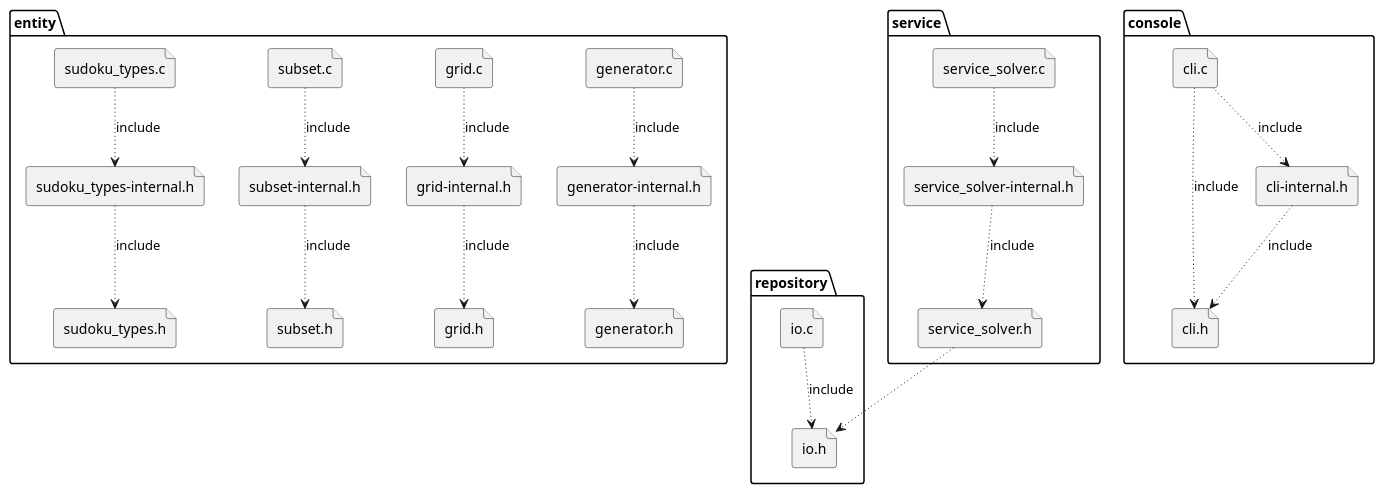
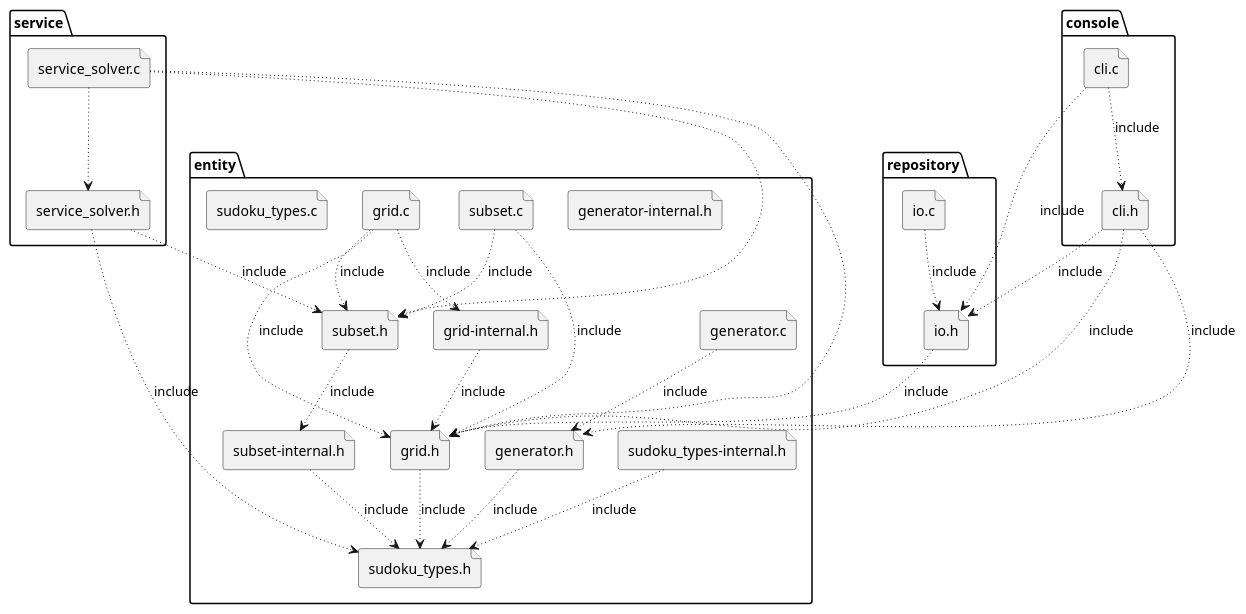
Before and after one commit to SudokuSolverJUNIA2526/sudoku-solver: the diagram in doc/sudoku_solver-architecture.puml, drawn with PlantUML. The commit also changed 3 other files, not shown here.

Commit message:
Updated architecture file

```diff
--- a/doc/sudoku_solver-architecture.puml
+++ b/doc/sudoku_solver-architecture.puml
@@ -1,61 +1,70 @@
 @startuml
 
-package entity {
-    file "generator.c"
-    file "generator.h"
-    file "generator-internal.h"
+    package entity {
+        file "generator.c"
+        file "generator.h"
+        file "generator-internal.h"
 
-    "generator.c" -[dotted]-> "generator-internal.h" : include
-    "generator-internal.h" -[dotted]-> "generator.h" : include
+        file "grid.c"
+        file "grid.h"
+        file "grid-internal.h"
 
-    file "grid.c"
-    file "grid.h"
-    file "grid-internal.h"
+        file "subset.c"
+        file "subset.h"
+        file "subset-internal.h"
 
-    "grid.c" -[dotted]-> "grid-internal.h" : include
-    "grid-internal.h" -[dotted]-> "grid.h" : include
+        file "sudoku_types.c"
+        file "sudoku_types.h"
+        file "sudoku_types-internal.h"
 
-    file "subset.c"
-    file "subset.h"
-    file "subset-internal.h"
+        "generator.h" -[dotted]-> "sudoku_types.h": include
+        "generator.c" -[dotted]-> "generator.h": include
 
-    "subset.c" -[dotted]-> "subset-internal.h" : include
-    "subset-internal.h" -[dotted]-> "subset.h" : include
+        "grid.h" -[dotted]-> "sudoku_types.h" : include
+        "grid.c" -[dotted]-> "grid.h" : include
+        "grid.c" -[dotted]-> "subset.h" : include
 
-    file "sudoku_types.c"
-    file "sudoku_types.h"
-    file "sudoku_types-internal.h"
+        "grid.c" -[dotted]-> "grid-internal.h" : include
+        "grid-internal.h" -[dotted]-> "grid.h" : include
 
-    "sudoku_types.c" -[dotted]-> "sudoku_types-internal.h" : include
-    "sudoku_types-internal.h" -[dotted]-> "sudoku_types.h" : include
+        "subset-internal.h" -[dotted]-> "sudoku_types.h" : include
+        "subset.h" -[dotted]-> "subset-internal.h" : include
+        "subset.c" -[dotted]-> "grid.h" : include
+        "subset.c" -[dotted]-> "subset.h" : include
 
-}
+        "sudoku_types-internal.h" -[dotted]-> "sudoku_types.h" : include
 
-package repository {
-    file "io.c"
-    file "io.h"
+    }
 
-    "io.c" -[dotted]-> "io.h" : include
-}
+    package repository {
+        file "io.c"
+        file "io.h"
 
-package service {
-    file "service_solver.c"
-    file "service_solver.h"
-    file "service_solver-internal.h"
+        "io.h" -[dotted]-> "grid.h" : include
+        "io.c" -[dotted]-> "io.h" : include
 
-    "service_solver.c" -[dotted]-> "service_solver-internal.h" : include
-    "service_solver-internal.h" -[dotted]-> "service_solver.h" : include
-    "service_solver.h" -[dotted]-> "io.h"
-}
+    }
 
-package console {
-    file "cli.h"
-    file "cli.c"
-    file "cli-internal.h"
+    package service {
+        file "service_solver.c"
+        file "service_solver.h"
 
-    "cli.c" -[dotted]-> "cli-internal.h" : include
-    "cli.c" -[dotted]-> "cli.h" : include
-    "cli-internal.h" -[dotted]-> "cli.h" : include
-}
+        "service_solver.h" -[dotted]-> "sudoku_types.h" : include
+        "service_solver.h" -[dotted]-> "subset.h" : include
+        "service_solver.c" -[dotted]-> "grid.h"
+        "service_solver.c" -[dotted]-> "subset.h"
+        "service_solver.c" -[dotted]-> "service_solver.h"
+    }
 
-@enduml
+    package console {
+        file "cli.h"
+        file "cli.c"
+
+        "cli.c" -[dotted]-> "cli.h" : include
+        "cli.c" -[dotted]-> "io.h" : include
+        "cli.h" -[dotted]-> "io.h" : include
+        "cli.h" -[dotted]-> "generator.h" : include
+        "cli.h" -[dotted]-> "grid.h" : include
+    }
+
+    @enduml
```
